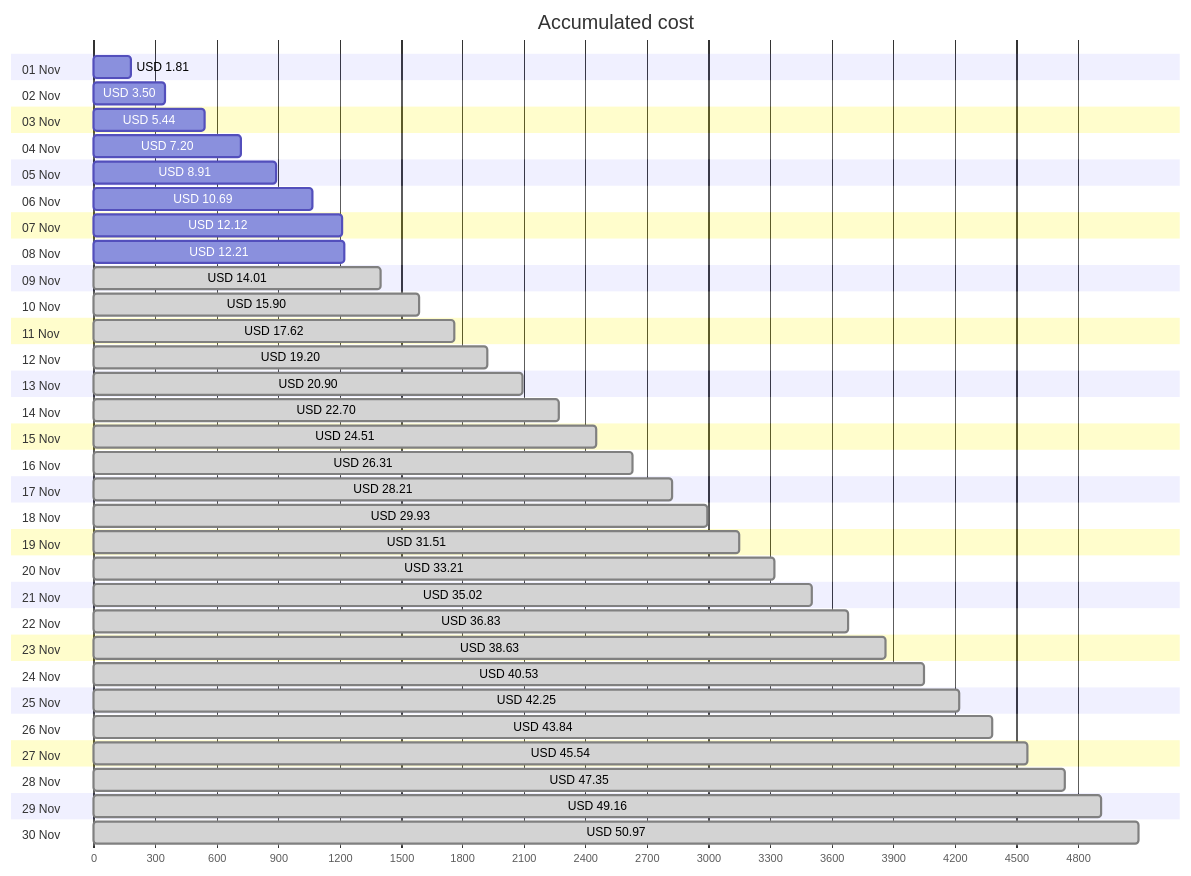
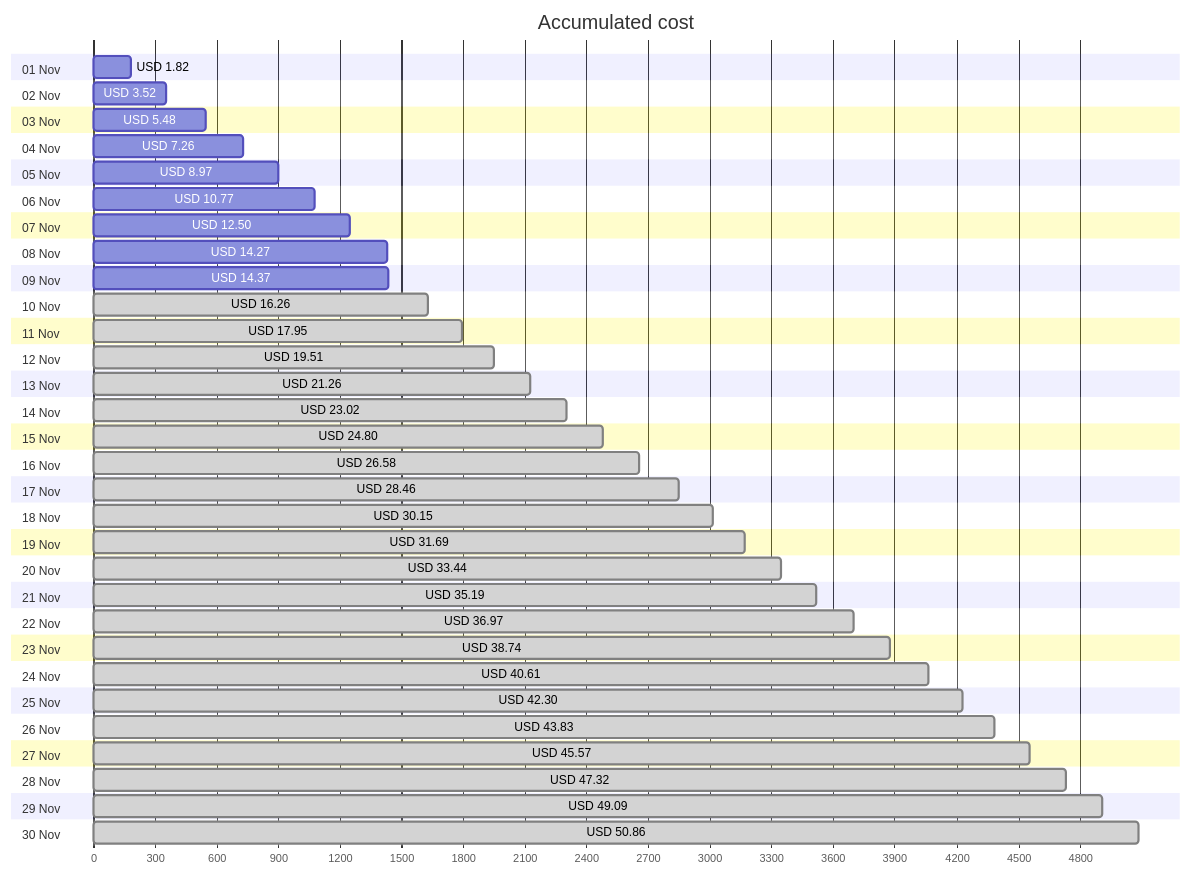
One commit to jpfulton/azure-personal-reports changed the first of 4 diagrams in cost-reports/personal-network/README.md. Above: the diagram before and after it, drawn with Mermaid. The commit also changed other lines of this file and 8 other files, not shown here.

````diff
--- a/cost-reports/personal-network/README.md
+++ b/cost-reports/personal-network/README.md
@@ -20,66 +20,66 @@
 ```mermaid
 gantt
    title Accumulated cost
    dateFormat  X
    axisFormat %s
    section 01 Nov
-   USD 1.81 :0, 181
+   USD 1.82 :0, 182
    section 02 Nov
-   USD 3.50 :0, 350
+   USD 3.52 :0, 352
    section 03 Nov
-   USD 5.44 :0, 544
+   USD 5.48 :0, 548
    section 04 Nov
-   USD 7.20 :0, 720
+   USD 7.26 :0, 726
    section 05 Nov
-   USD 8.91 :0, 891
+   USD 8.97 :0, 897
    section 06 Nov
-   USD 10.69 :0, 1069
+   USD 10.77 :0, 1077
    section 07 Nov
-   USD 12.12 :0, 1212
+   USD 12.50 :0, 1250
    section 08 Nov
-   USD 12.21 :0, 1221
+   USD 14.27 :0, 1427
    section 09 Nov
-   USD 14.01 : done, 0, 1401
+   USD 14.37 :0, 1437
    section 10 Nov
-   USD 15.90 : done, 0, 1590
+   USD 16.26 : done, 0, 1626
    section 11 Nov
-   USD 17.62 : done, 0, 1762
+   USD 17.95 : done, 0, 1795
    section 12 Nov
-   USD 19.20 : done, 0, 1920
+   USD 19.51 : done, 0, 1951
    section 13 Nov
-   USD 20.90 : done, 0, 2090
+   USD 21.26 : done, 0, 2126
    section 14 Nov
-   USD 22.70 : done, 0, 2270
+   USD 23.02 : done, 0, 2302
    section 15 Nov
-   USD 24.51 : done, 0, 2451
+   USD 24.80 : done, 0, 2480
    section 16 Nov
-   USD 26.31 : done, 0, 2631
+   USD 26.58 : done, 0, 2658
    section 17 Nov
-   USD 28.21 : done, 0, 2821
+   USD 28.46 : done, 0, 2846
    section 18 Nov
-   USD 29.93 : done, 0, 2993
+   USD 30.15 : done, 0, 3015
    section 19 Nov
-   USD 31.51 : done, 0, 3151
+   USD 31.69 : done, 0, 3169
    section 20 Nov
-   USD 33.21 : done, 0, 3321
+   USD 33.44 : done, 0, 3344
    section 21 Nov
-   USD 35.02 : done, 0, 3502
+   USD 35.19 : done, 0, 3519
    section 22 Nov
-   USD 36.83 : done, 0, 3683
+   USD 36.97 : done, 0, 3697
    section 23 Nov
-   USD 38.63 : done, 0, 3863
+   USD 38.74 : done, 0, 3874
    section 24 Nov
-   USD 40.53 : done, 0, 4053
+   USD 40.61 : done, 0, 4061
    section 25 Nov
-   USD 42.25 : done, 0, 4225
+   USD 42.30 : done, 0, 4230
    section 26 Nov
-   USD 43.84 : done, 0, 4384
+   USD 43.83 : done, 0, 4383
    section 27 Nov
-   USD 45.54 : done, 0, 4554
+   USD 45.57 : done, 0, 4557
    section 28 Nov
-   USD 47.35 : done, 0, 4735
+   USD 47.32 : done, 0, 4732
    section 29 Nov
-   USD 49.16 : done, 0, 4916
+   USD 49.09 : done, 0, 4909
    section 30 Nov
-   USD 50.97 : done, 0, 5097
+   USD 50.86 : done, 0, 5086
 ```
````
